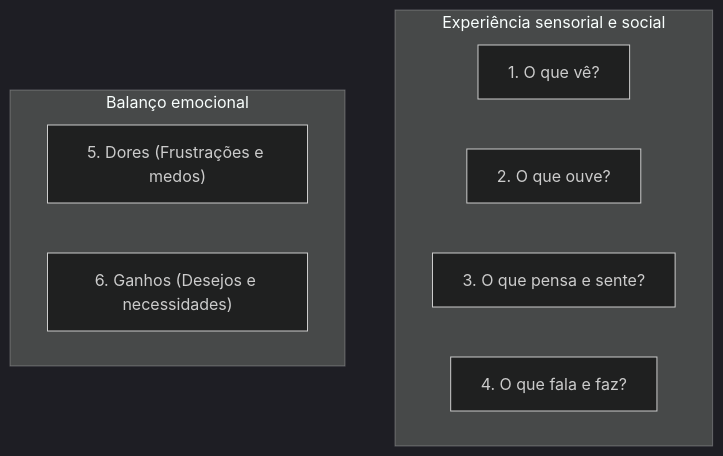
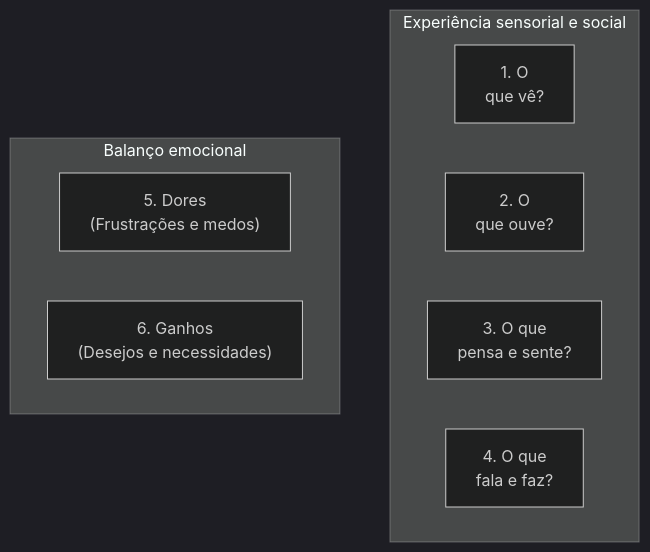
One commit to leorruas/puc changed the fourth of 4 diagrams in 08. Design de Interacao/12. Modelagem de usuário - perfil, persona e mapa de empatia.md. Above: the diagram before and after it, drawn with Mermaid (dark theme). The commit also changed other lines of this file and 16 other files, not shown here.

Commit message:
style(mermaid): comprehensive audit and optimization of 45 Mermaid blocks across all 22 topic notes

````diff
--- a/08. Design de Interacao/12. Modelagem de usuário - perfil, persona e mapa de empatia.md
+++ b/08. Design de Interacao/12. Modelagem de usuário - perfil, persona e mapa de empatia.md
@@ -148,15 +148,15 @@
 ```mermaid
 graph TD
     subgraph Sensorial ["Experiência sensorial e social"]
         direction LR
-        Ve["1. O que vê?"]
-        Ouve["2. O que ouve?"]
-        PensaSente["3. O que pensa e sente?"]
-        FalaFaz["4. O que fala e faz?"]
+        Ve["1. O<br>que vê?"]
+        Ouve["2. O<br>que ouve?"]
+        PensaSente["3. O que<br>pensa e sente?"]
+        FalaFaz["4. O que<br>fala e faz?"]
     end
     subgraph Emocional ["Balanço emocional"]
         direction LR
-        Dores["5. Dores (Frustrações e medos)"]
-        Ganhos["6. Ganhos (Desejos e necessidades)"]
+        Dores["5. Dores<br>(Frustrações e medos)"]
+        Ganhos["6. Ganhos<br>(Desejos e necessidades)"]
     end
 ```
````
